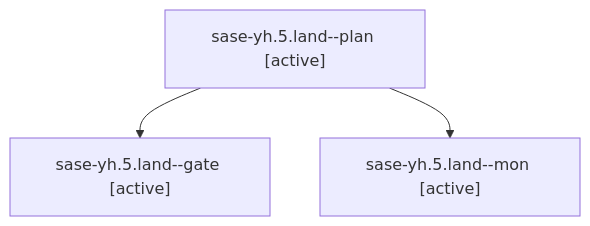
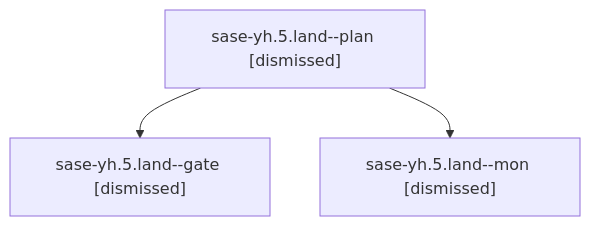
One commit to sase-org/sase--agents changed the diagram in sessions/bbugyi200.athena.sase-yh.5.land.md. Above: the diagram before and after it, drawn with Mermaid. The commit also changed other lines of this file and 141 other files, not shown here.

````diff
--- a/sessions/bbugyi200.athena.sase-yh.5.land.md
+++ b/sessions/bbugyi200.athena.sase-yh.5.land.md
@@ -9,8 +9,8 @@
 ```mermaid
 flowchart TD
-  n0["sase-yh.5.land--plan [active]"]
-  n1["sase-yh.5.land--gate [active]"]
+  n0["sase-yh.5.land--plan [dismissed]"]
+  n1["sase-yh.5.land--gate [dismissed]"]
   n0 --> n1
-  n2["sase-yh.5.land--mon [active]"]
+  n2["sase-yh.5.land--mon [dismissed]"]
   n0 --> n2
 ```
````
